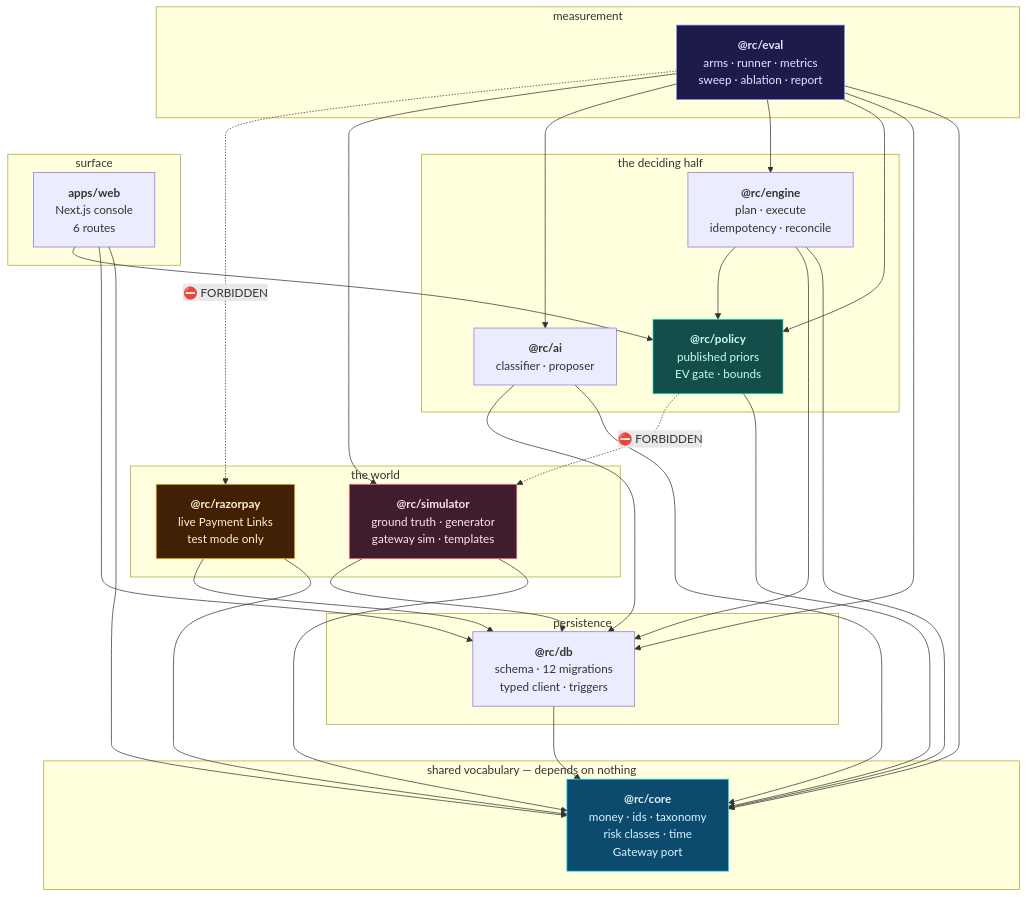
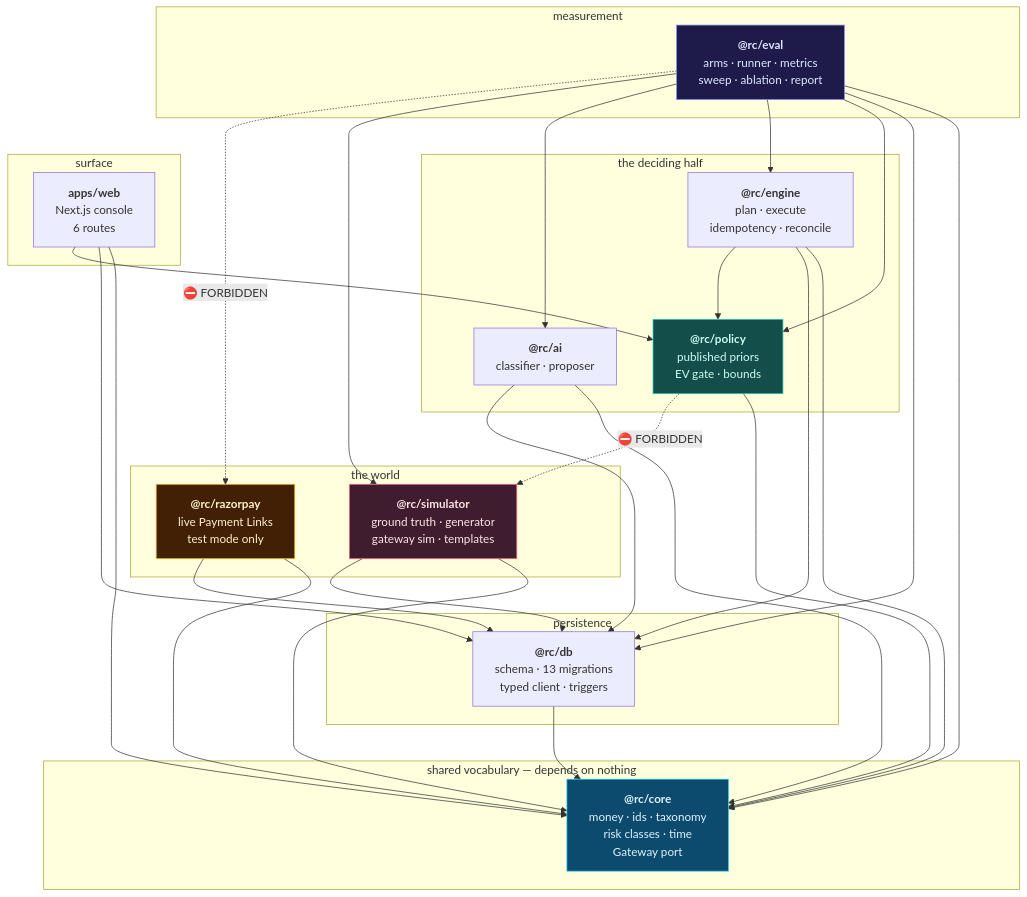
Before and after one commit to Ankit27-09/Wapsi: the second of 15 diagrams in ARCHITECTURE.md, drawn with Mermaid. The commit also changed other lines of this file and 11 other files, not shown here.

````diff
--- a/ARCHITECTURE.md
+++ b/ARCHITECTURE.md
@@ -74,47 +74,47 @@
 ```mermaid
 flowchart TD
     subgraph shared["shared vocabulary — depends on nothing"]
         CORE["<b>@rc/core</b><br/>money · ids · taxonomy<br/>risk classes · time<br/>Gateway port"]
     end
 
     subgraph persistence["persistence"]
-        DB["<b>@rc/db</b><br/>schema · 12 migrations<br/>typed client · triggers"]
+        DB["<b>@rc/db</b><br/>schema · 13 migrations<br/>typed client · triggers"]
     end
 
     subgraph decide["the deciding half"]
         POLICY["<b>@rc/policy</b><br/>published priors<br/>EV gate · bounds"]
         ENGINE["<b>@rc/engine</b><br/>plan · execute<br/>idempotency · reconcile"]
         AI["<b>@rc/ai</b><br/>classifier · proposer"]
     end
 
     subgraph world["the world"]
         SIM["<b>@rc/simulator</b><br/>ground truth · generator<br/>gateway sim · templates"]
         RZP["<b>@rc/razorpay</b><br/>live Payment Links<br/>test mode only"]
     end
 
     subgraph measure["measurement"]
         EVAL["<b>@rc/eval</b><br/>arms · runner · metrics<br/>sweep · ablation · report"]
     end
 
     subgraph surface["surface"]
         WEB["<b>apps/web</b><br/>Next.js console<br/>6 routes"]
     end
 
     DB --> CORE
     POLICY --> CORE
     AI --> CORE & DB
     SIM --> CORE & DB
     RZP --> CORE & DB
     ENGINE --> CORE & DB & POLICY
     EVAL --> CORE & DB & POLICY & ENGINE & AI & SIM
     WEB --> CORE & DB & POLICY
 
     POLICY -.->|"⛔ FORBIDDEN"| SIM
     EVAL -.->|"⛔ FORBIDDEN"| RZP
 
     style CORE fill:#0c4a6e,stroke:#22d3ee,color:#e0f2fe
     style POLICY fill:#134e4a,stroke:#2dd4bf,color:#ccfbf1
     style SIM fill:#3f1d2e,stroke:#fb7185,color:#ffe4e6
     style RZP fill:#422006,stroke:#fbbf24,color:#fef3c7
     style EVAL fill:#1e1b4b,stroke:#818cf8,color:#e0e7ff
 ```
````
